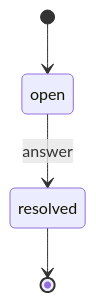
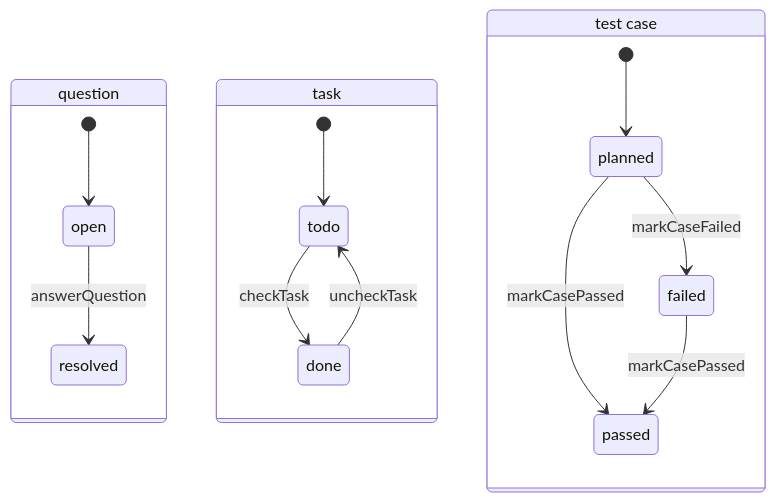
The second of 2 diagrams in wiki/DESIGN.md (Goldenmule-Media/hotseat-web), drawn with Mermaid before and after one commit. The commit also changed other lines of this file, not shown here.

````diff
--- a/wiki/DESIGN.md
+++ b/wiki/DESIGN.md
@@ -1021,6 +1140,18 @@
 ```mermaid
 stateDiagram-v2
-  [*] --> open
-  open --> resolved: answer
-  resolved --> [*]
+  state question {
+    [*] --> open
+    open --> resolved: answerQuestion
+  }
+  state task {
+    [*] --> todo
+    todo --> done: checkTask
+    done --> todo: uncheckTask
+  }
+  state "test case" as testcase {
+    [*] --> planned
+    planned --> passed: markCasePassed
+    planned --> failed: markCaseFailed
+    failed  --> passed: markCasePassed
+  }
 ```
````
